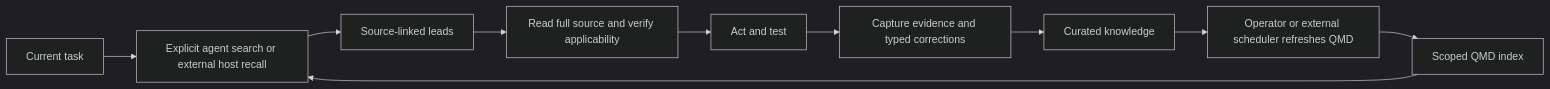
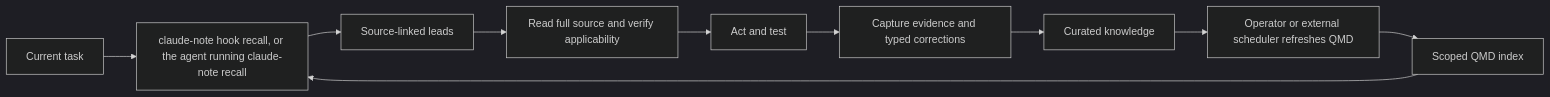
Before and after one commit to crimeacs/claude-note: the second of 2 diagrams in docs/current-system.md, drawn with Mermaid (dark theme). The commit also changed other lines of this file and 7 other files, not shown here.

````diff
--- a/docs/current-system.md
+++ b/docs/current-system.md
@@ -54,12 +54,12 @@
 ```mermaid
 flowchart LR
-    T[Current task] --> H[Explicit agent search or external host recall]
+    T[Current task] --> H[claude-note hook recall, or the agent running claude-note recall]
     Q[Scoped QMD index] --> H
     H --> L[Source-linked leads]
     L --> V[Read full source and verify applicability]
     V --> A[Act and test]
     A --> C[Capture evidence and typed corrections]
     C --> K[Curated knowledge]
     K --> U[Operator or external scheduler refreshes QMD]
     U --> Q
 ```
````
